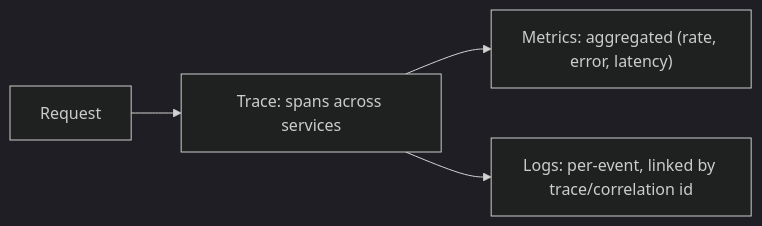
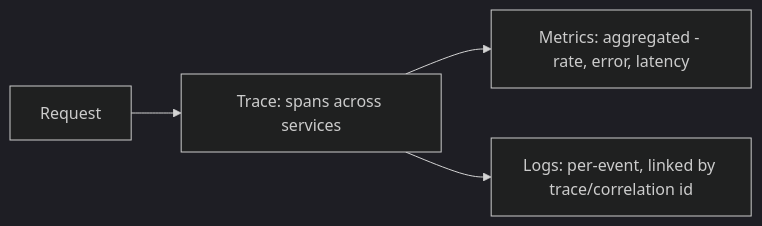
Before and after one commit to RIT-MESH/system-design-mastery: the diagram in docs/08-observability/00-logs-metrics-traces.md, drawn with Mermaid (dark theme). The commit also changed 139 other files, not shown here.

First line of the commit message:
Fix Mermaid parse errors: replace parentheses in node labels across 140 files

````diff
--- a/docs/08-observability/00-logs-metrics-traces.md
+++ b/docs/08-observability/00-logs-metrics-traces.md
@@ -19,7 +19,7 @@
 ```mermaid
 %% created-for: system-design-mastery
 flowchart LR
   Req["Request"] --> Span["Trace: spans across services"]
-  Span --> Metrics["Metrics: aggregated (rate, error, latency)"]
+  Span --> Metrics["Metrics: aggregated - rate, error, latency"]
   Span --> Logs["Logs: per-event, linked by trace/correlation id"]
 ```
````
